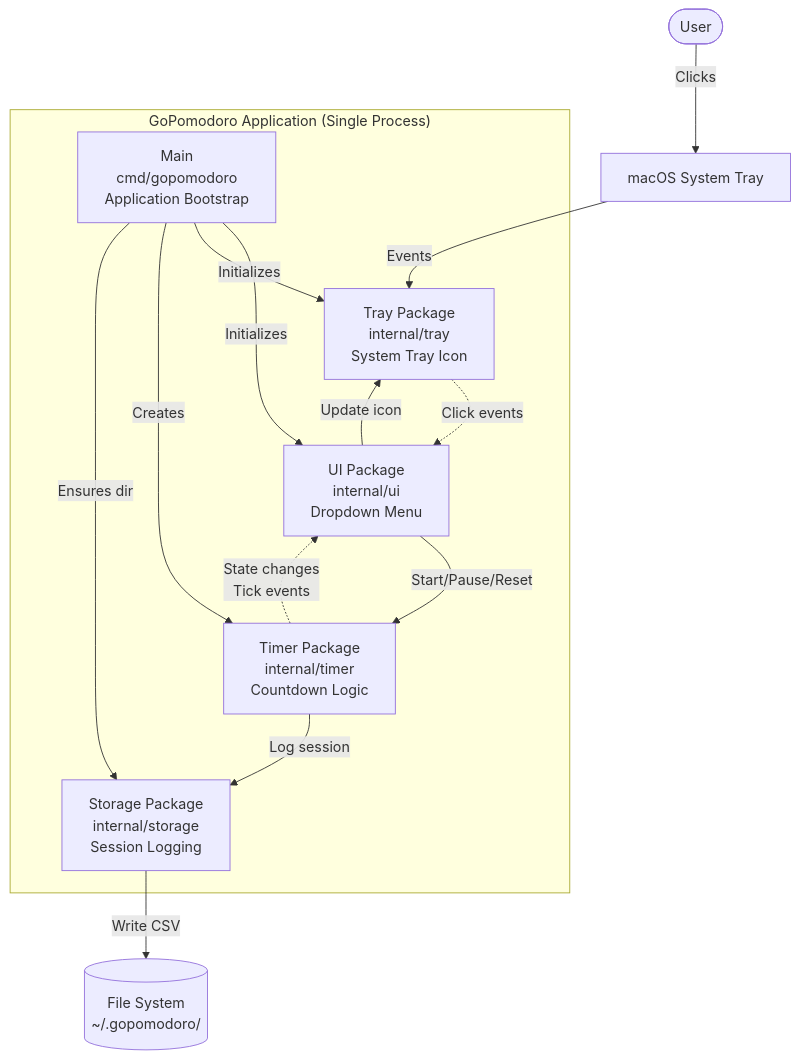
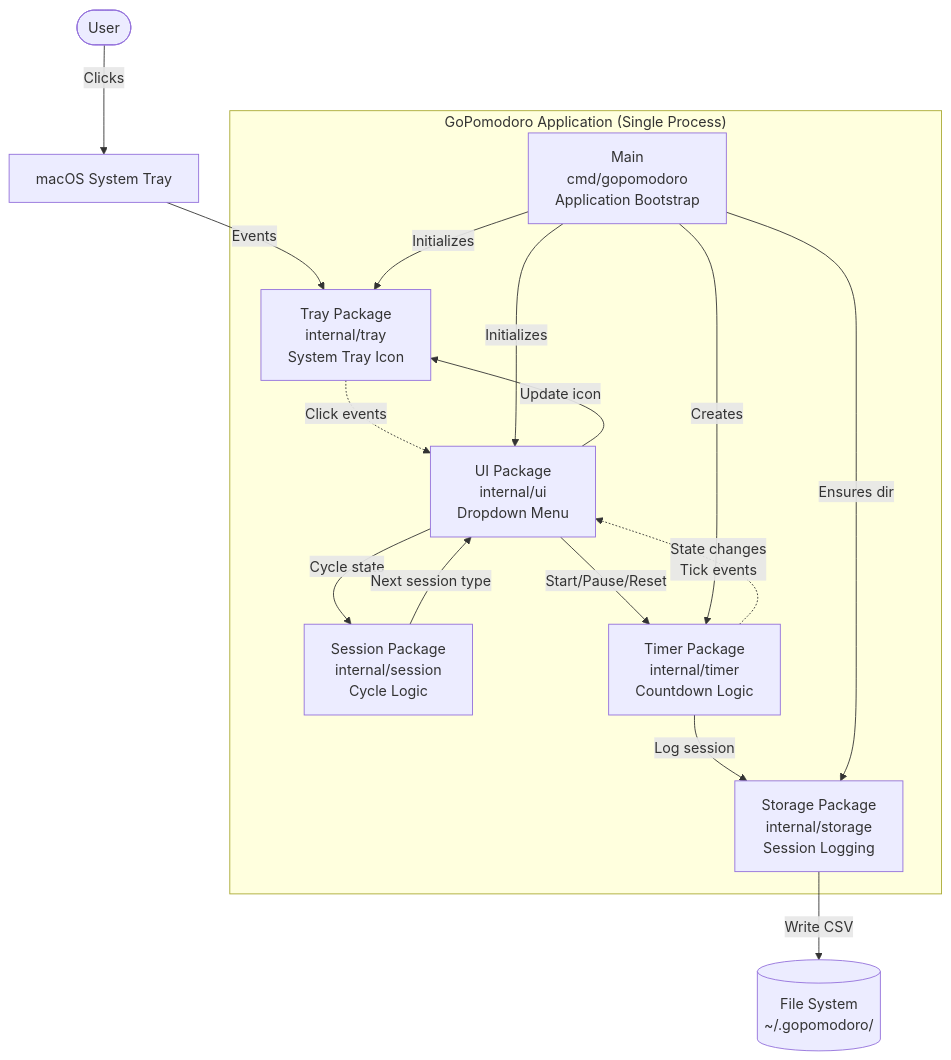
The second of 6 diagrams in ARCHITECTURE.md (co0p/gopomodoro), drawn with Mermaid before and after one commit. The commit also changed other lines of this file and 14 other files, not shown here.

Commit message:
working pomodoro app; adjusted architecture

````diff
--- a/ARCHITECTURE.md
+++ b/ARCHITECTURE.md
@@ -47,31 +47,35 @@
 ```mermaid
 graph TB
     User([User])
     macOS[macOS System Tray]
     FS[(File System<br/>~/.gopomodoro/)]
     
     subgraph "GoPomodoro Application (Single Process)"
         Main[Main<br/>cmd/gopomodoro<br/>Application Bootstrap]
         
         UI[UI Package<br/>internal/ui<br/>Dropdown Menu]
+        
+        Session[Session Package<br/>internal/session<br/>Cycle Logic]
         
         Tray[Tray Package<br/>internal/tray<br/>System Tray Icon]
         
         Timer[Timer Package<br/>internal/timer<br/>Countdown Logic]
         
         Storage[Storage Package<br/>internal/storage<br/>Session Logging]
     end
     
     User -->|Clicks| macOS
     macOS -->|Events| Tray
     Tray -.->|Click events| UI
     UI -->|Start/Pause/Reset| Timer
+    UI -->|Cycle state| Session
+    Session -->|Next session type| UI
     Timer -.->|State changes<br/>Tick events| UI
     UI -->|Update icon| Tray
     Timer -->|Log session| Storage
     Storage -->|Write CSV| FS
     Main -->|Initializes| UI
     Main -->|Initializes| Tray
     Main -->|Creates| Timer
     Main -->|Ensures dir| Storage
 ```
````
